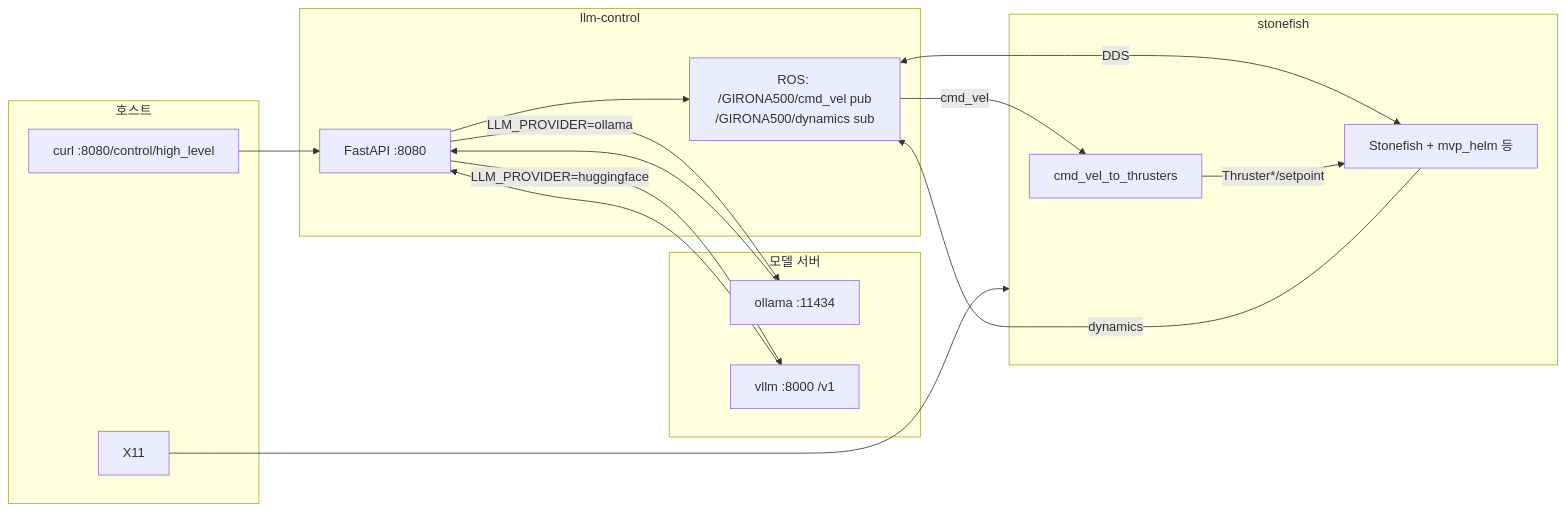
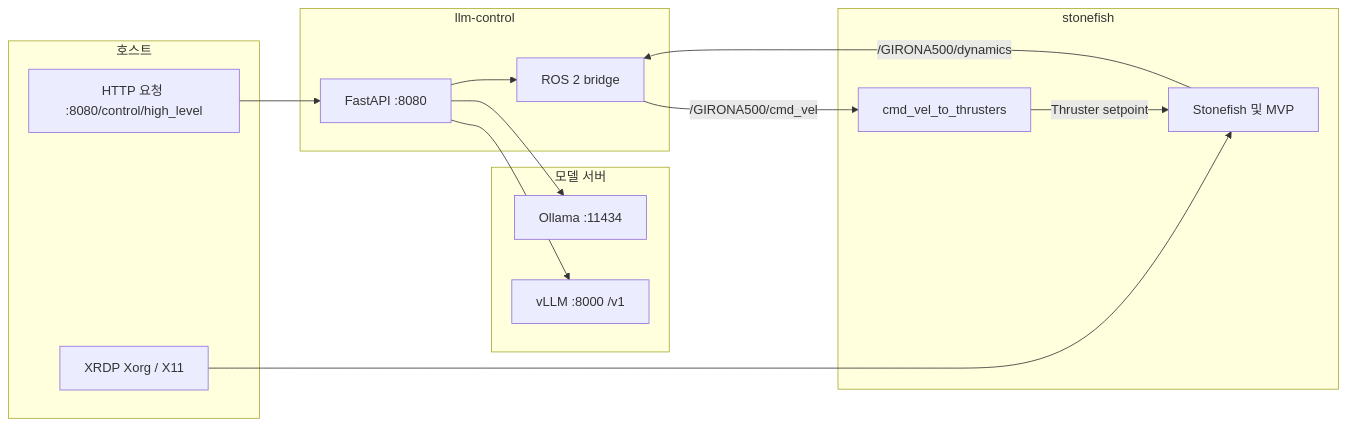
Before and after one commit to RainingCodes/projectAlpha: the diagram in docker/README.md, drawn with Mermaid. The commit also changed other lines of this file, not shown here.

Commit message:
docs(docker): document V100 Stonefish build and run workflow

````diff
--- a/docker/README.md
+++ b/docker/README.md
@@ -113,31 +734,31 @@
 ```mermaid
 flowchart LR
-  subgraph Host2["호스트"]
-    CURL["curl :8080/control/high_level"]
-    X2["X11"]
-  end
-  subgraph M["모델 서버"]
-    OLL["ollama :11434"]
-    VLLM["vllm :8000 /v1"]
-  end
-  subgraph L["llm-control"]
-    API["FastAPI :8080"]
-    BR["ROS: /GIRONA500/cmd_vel pub\n/GIRONA500/dynamics sub"]
-  end
-  subgraph S["stonefish"]
-    CVT["cmd_vel_to_thrusters"]
-    SIM["Stonefish + mvp_helm 등"]
+  subgraph Host["호스트"]
+    APIREQ["HTTP 요청 :8080/control/high_level"]
+    X11["XRDP Xorg / X11"]
   end
 
-  CURL --> API
-  API -->|LLM_PROVIDER=ollama| OLL
-  API -->|LLM_PROVIDER=huggingface| VLLM
-  OLL --> API
-  VLLM --> API
-  API --> BR
-  BR <-->|DDS| SIM
-  BR -->|cmd_vel| CVT
-  CVT -->|Thruster*/setpoint| SIM
-  SIM -->|dynamics| BR
-  X2 --> S
+  subgraph Model["모델 서버"]
+    VLLM["vLLM :8000 /v1"]
+    OLLAMA["Ollama :11434"]
+  end
+
+  subgraph Control["llm-control"]
+    API["FastAPI :8080"]
+    BRIDGE["ROS 2 bridge"]
+  end
+
+  subgraph Simulation["stonefish"]
+    CVT["cmd_vel_to_thrusters"]
+    SIM["Stonefish 및 MVP"]
+  end
+
+  APIREQ --> API
+  API --> VLLM
+  API --> OLLAMA
+  API --> BRIDGE
+  BRIDGE -->|/GIRONA500/cmd_vel| CVT
+  CVT -->|Thruster setpoint| SIM
+  SIM -->|/GIRONA500/dynamics| BRIDGE
+  X11 --> SIM
 ```
````
